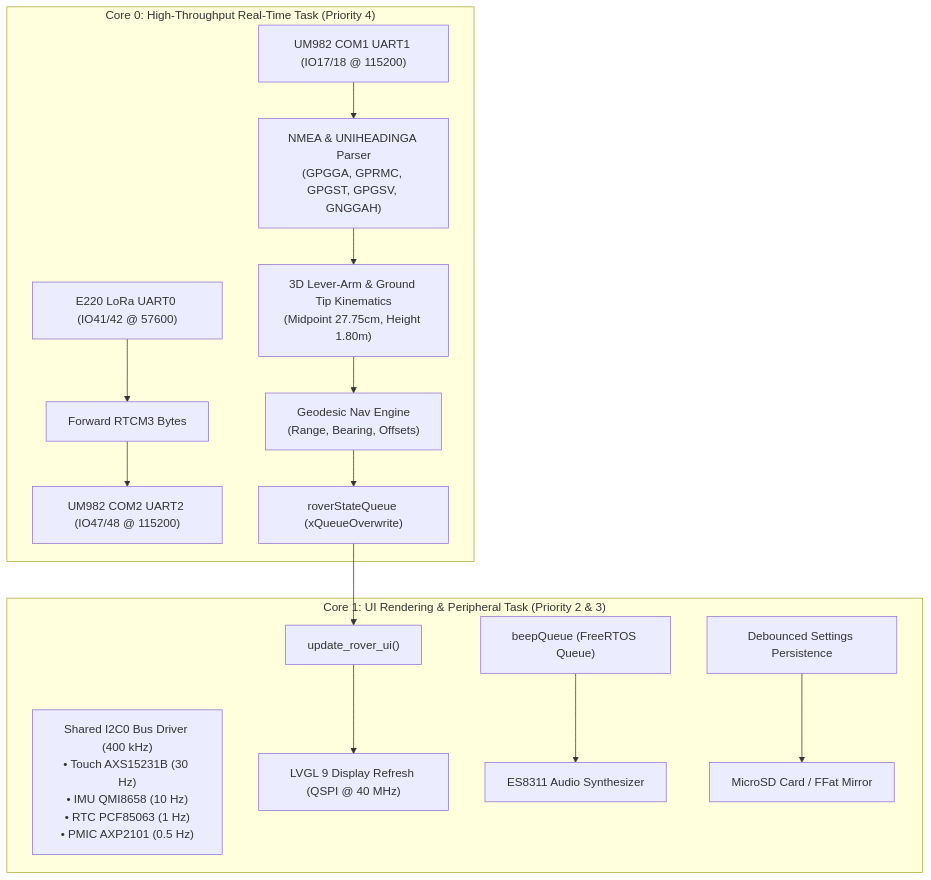
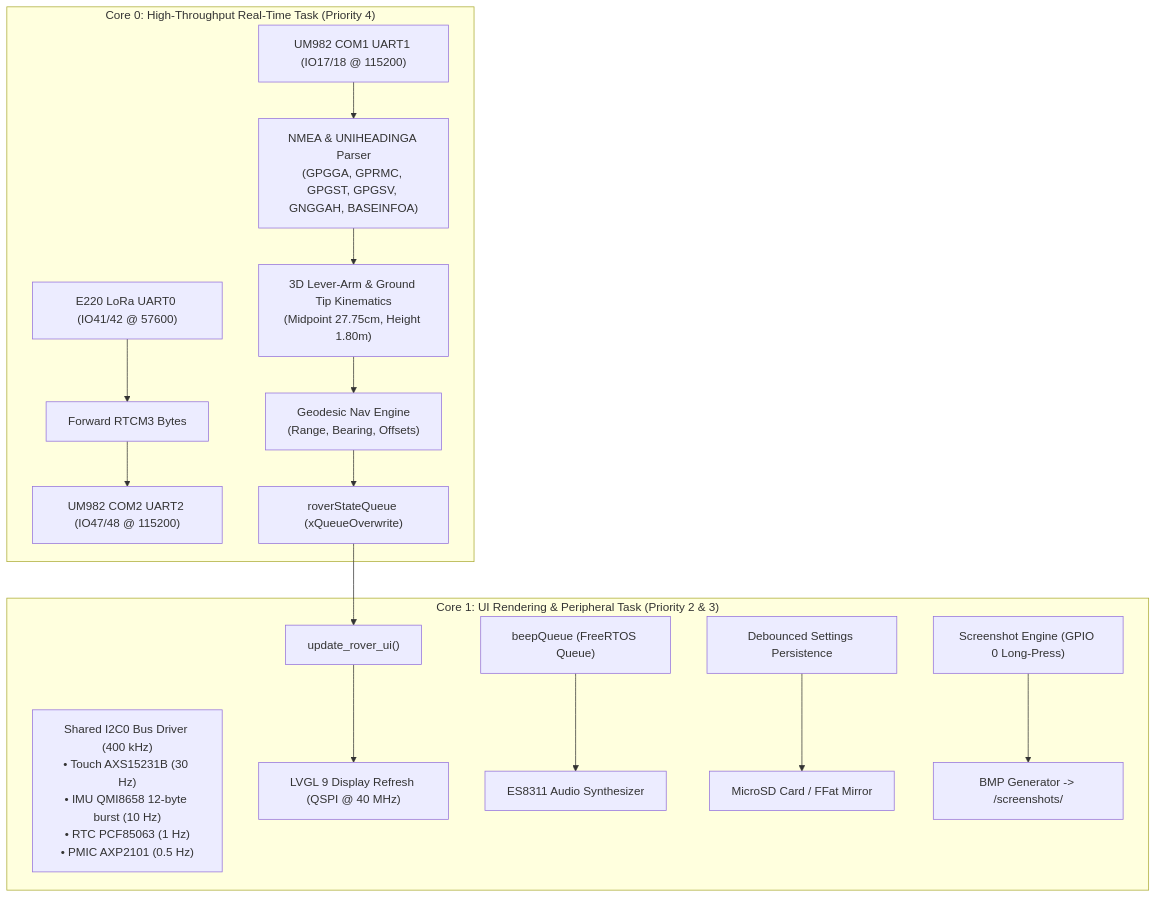
The diagram in README.md (rguilmet/RTK-Rover), drawn with Mermaid before and after one commit. The commit also changed other lines of this file and 3 other files, not shown here.

````diff
--- a/README.md
+++ b/README.md
@@ -100,19 +114,20 @@
 ```mermaid
 flowchart TD
     subgraph Core0["Core 0: High-Throughput Real-Time Task (Priority 4)"]
         E220_RX["E220 LoRa UART0 (IO41/42 @ 57600)"] --> RTCM_FWD["Forward RTCM3 Bytes"]
         RTCM_FWD --> COM2_TX["UM982 COM2 UART2 (IO47/48 @ 115200)"]
-        COM1_RX["UM982 COM1 UART1 (IO17/18 @ 115200)"] --> NMEA_PARSE["NMEA & UNIHEADINGA Parser\n(GPGGA, GPRMC, GPGST, GPGSV, GNGGAH)"]
+        COM1_RX["UM982 COM1 UART1 (IO17/18 @ 115200)"] --> NMEA_PARSE["NMEA & UNIHEADINGA Parser\n(GPGGA, GPRMC, GPGST, GPGSV, GNGGAH, BASEINFOA)"]
         NMEA_PARSE --> KINEMATICS["3D Lever-Arm & Ground Tip Kinematics\n(Midpoint 27.75cm, Height 1.80m)"]
         KINEMATICS --> NAV_ENGINE["Geodesic Nav Engine\n(Range, Bearing, Offsets)"]
         NAV_ENGINE --> QUEUE["roverStateQueue (xQueueOverwrite)"]
     end
 
     subgraph Core1["Core 1: UI Rendering & Peripheral Task (Priority 2 & 3)"]
         QUEUE --> UI_UPDATE["update_rover_ui()"]
-        I2C_POLL["Shared I2C0 Bus Driver (400 kHz)\n• Touch AXS15231B (30 Hz)\n• IMU QMI8658 (10 Hz)\n• RTC PCF85063 (1 Hz)\n• PMIC AXP2101 (0.5 Hz)"]
+        I2C_POLL["Shared I2C0 Bus Driver (400 kHz)\n• Touch AXS15231B (30 Hz)\n• IMU QMI8658 12-byte burst (10 Hz)\n• RTC PCF85063 (1 Hz)\n• PMIC AXP2101 (0.5 Hz)"]
         UI_UPDATE --> LVGL["LVGL 9 Display Refresh (QSPI @ 40 MHz)"]
         AUDIO_QUEUE["beepQueue (FreeRTOS Queue)"] --> CODEC["ES8311 Audio Synthesizer"]
         SETTINGS["Debounced Settings Persistence"] --> STORAGE["MicroSD Card / FFat Mirror"]
+        SCREENSHOT["Screenshot Engine (GPIO 0 Long-Press)"] --> BMP_OUT["BMP Generator -> /screenshots/"]
     end
 ```
````
